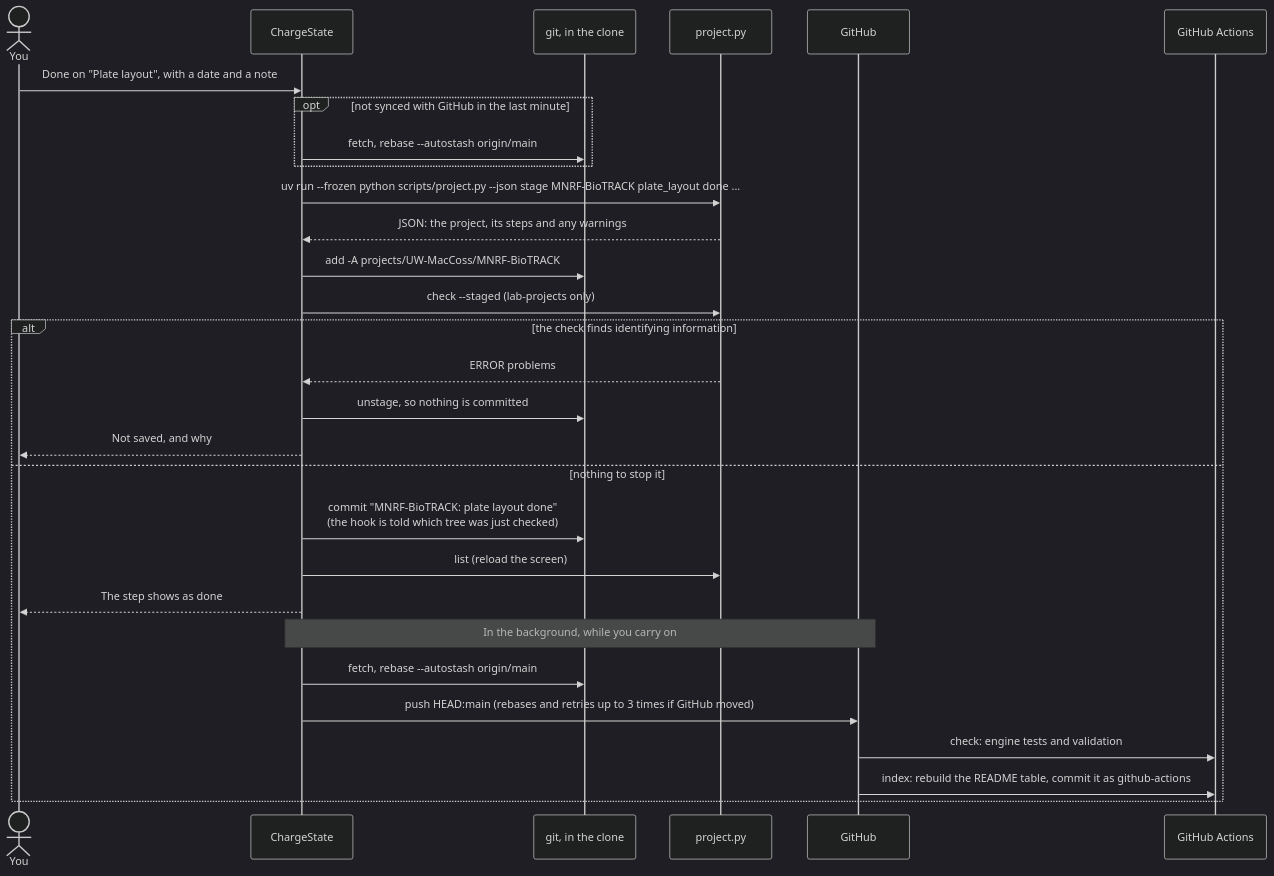
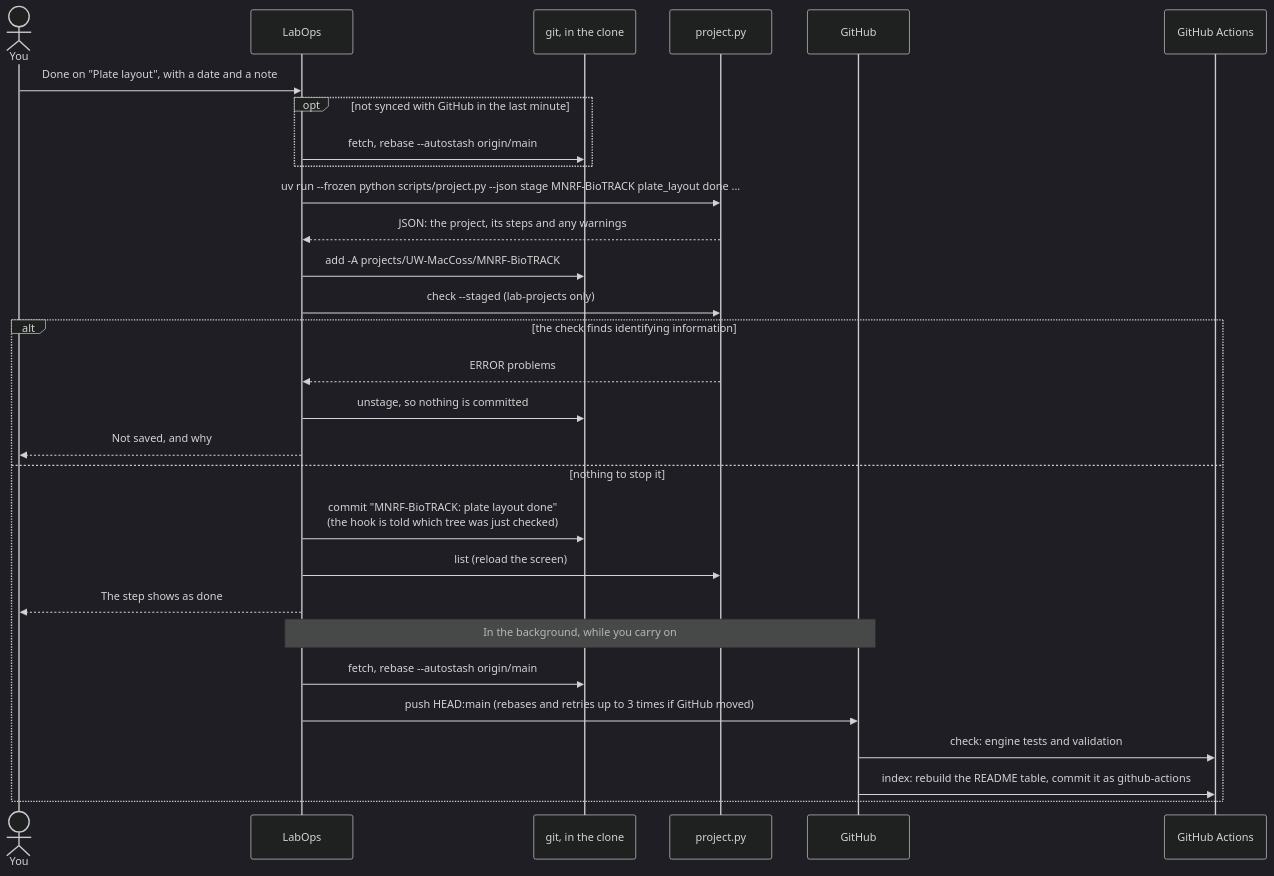
Before and after one commit to uw-maccosslab/LabOps: the first of 8 diagrams in docs/flows.md, drawn with Mermaid (dark theme). The commit also changed other lines of this file and 258 other files, not shown here.

First line of the commit message:
Rename the app from ChargeState to LabOps

````diff
--- a/docs/flows.md
+++ b/docs/flows.md
@@ -19,32 +19,32 @@
 ```mermaid
 sequenceDiagram
     actor You
-    participant App as ChargeState
+    participant App as LabOps
     participant Git as git, in the clone
     participant Engine as project.py
     participant GitHub
     participant Actions as GitHub Actions
 
     You->>App: Done on "Plate layout", with a date and a note
     opt not synced with GitHub in the last minute
         App->>Git: fetch, rebase --autostash origin/main
     end
     App->>Engine: uv run --frozen python scripts/project.py --json stage MNRF-BioTRACK plate_layout done ...
     Engine-->>App: JSON: the project, its steps and any warnings
     App->>Git: add -A projects/UW-MacCoss/MNRF-BioTRACK
     App->>Engine: check --staged (lab-projects only)
     alt the check finds identifying information
         Engine-->>App: ERROR problems
         App->>Git: unstage, so nothing is committed
         App-->>You: Not saved, and why
     else nothing to stop it
         App->>Git: commit "MNRF-BioTRACK: plate layout done"<br/>(the hook is told which tree was just checked)
         App->>Engine: list (reload the screen)
         App-->>You: The step shows as done
         Note over App,GitHub: In the background, while you carry on
         App->>Git: fetch, rebase --autostash origin/main
         App->>GitHub: push HEAD:main (rebases and retries up to 3 times if GitHub moved)
         GitHub->>Actions: check: engine tests and validation
         GitHub->>Actions: index: rebuild the README table, commit it as github-actions
     end
 ```
````
